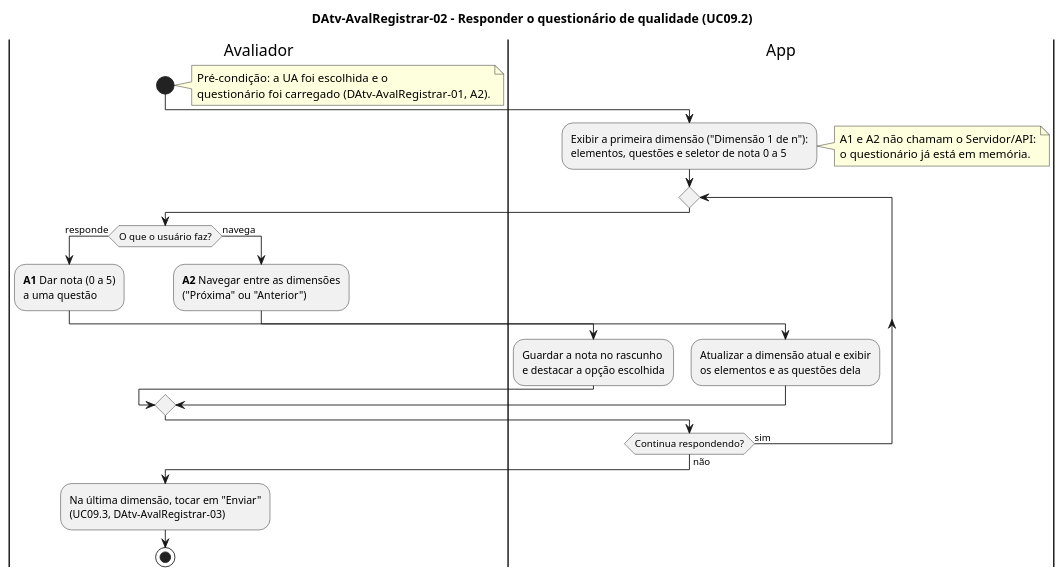
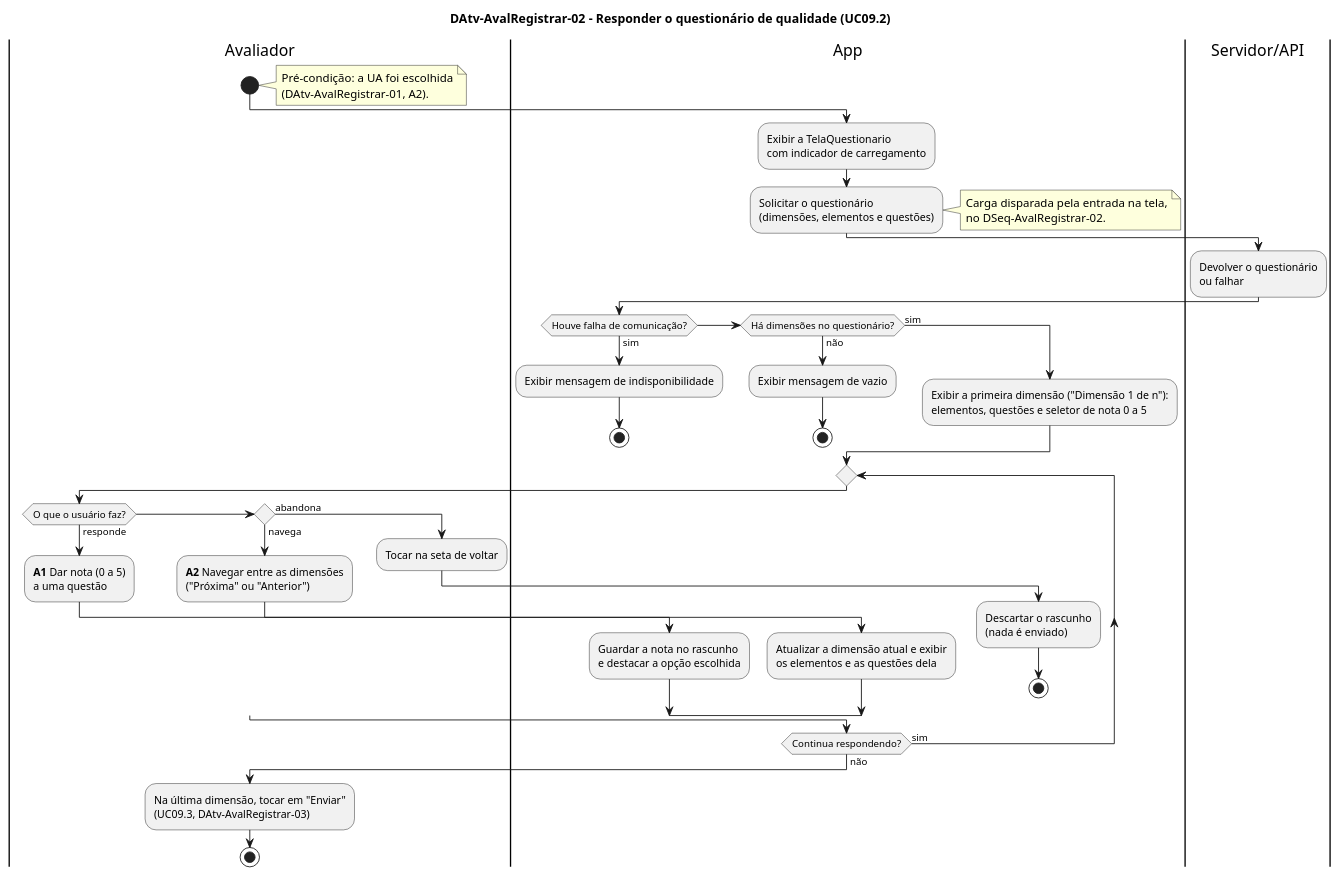
One commit to joseduardogon/Minha_UFG_Grupo_Cinza changed the diagram in AvalRegistrar/DAtv-AvalRegistrar-02.puml. Above: the diagram before and after it, drawn with PlantUML. The commit also changed 3 other files, not shown here.

First line of the commit message:
D-AVC-01: correção dos bloqueantes B1 e B2 do PR #11 (DAtv-AvalRegistrar-01 e 02)

```diff
--- a/AvalRegistrar/DAtv-AvalRegistrar-02.puml
+++ b/AvalRegistrar/DAtv-AvalRegistrar-02.puml
@@ -1,32 +1,55 @@
 @startuml DAtv-AvalRegistrar-02
 title DAtv-AvalRegistrar-02 – Responder o questionário de qualidade (UC09.2)
 
 |Avaliador|
 start
 note right
-  Pré-condição: a UA foi escolhida e o
-  questionário foi carregado (DAtv-AvalRegistrar-01, A2).
+  Pré-condição: a UA foi escolhida
+  (DAtv-AvalRegistrar-01, A2).
 end note
 |App|
-:Exibir a primeira dimensão ("Dimensão 1 de n"):\nelementos, questões e seletor de nota 0 a 5;
+:Exibir a TelaQuestionario\ncom indicador de carregamento;
+:Solicitar o questionário\n(dimensões, elementos e questões);
+note right
+  Carga disparada pela entrada na tela,
+  no DSeq-AvalRegistrar-02.
+end note
+|Servidor/API|
+:Devolver o questionário\nou falhar;
+|App|
+if (Houve falha de comunicação?) then (sim)
+  :Exibir mensagem de indisponibilidade;
+  stop
+elseif (Há dimensões no questionário?) then (não)
+  :Exibir mensagem de vazio;
+  stop
+else (sim)
+  :Exibir a primeira dimensão ("Dimensão 1 de n"):\nelementos, questões e seletor de nota 0 a 5;
+endif
 note right
   A1 e A2 não chamam o Servidor/API:
   o questionário já está em memória.
 end note
 repeat
   |Avaliador|
   if (O que o usuário faz?) then (responde)
     :**A1** Dar nota (0 a 5)\na uma questão;
     |App|
     :Guardar a nota no rascunho\ne destacar a opção escolhida;
-  else (navega)
+  elseif () then (navega)
     |Avaliador|
     :**A2** Navegar entre as dimensões\n("Próxima" ou "Anterior");
     |App|
     :Atualizar a dimensão atual e exibir\nos elementos e as questões dela;
+  else (abandona)
+    |Avaliador|
+    :Tocar na seta de voltar;
+    |App|
+    :Descartar o rascunho\n(nada é enviado);
+    stop
   endif
 repeat while (Continua respondendo?) is (sim) not (não)
 |Avaliador|
 :Na última dimensão, tocar em "Enviar"\n(UC09.3, DAtv-AvalRegistrar-03);
 stop
 @enduml
```
